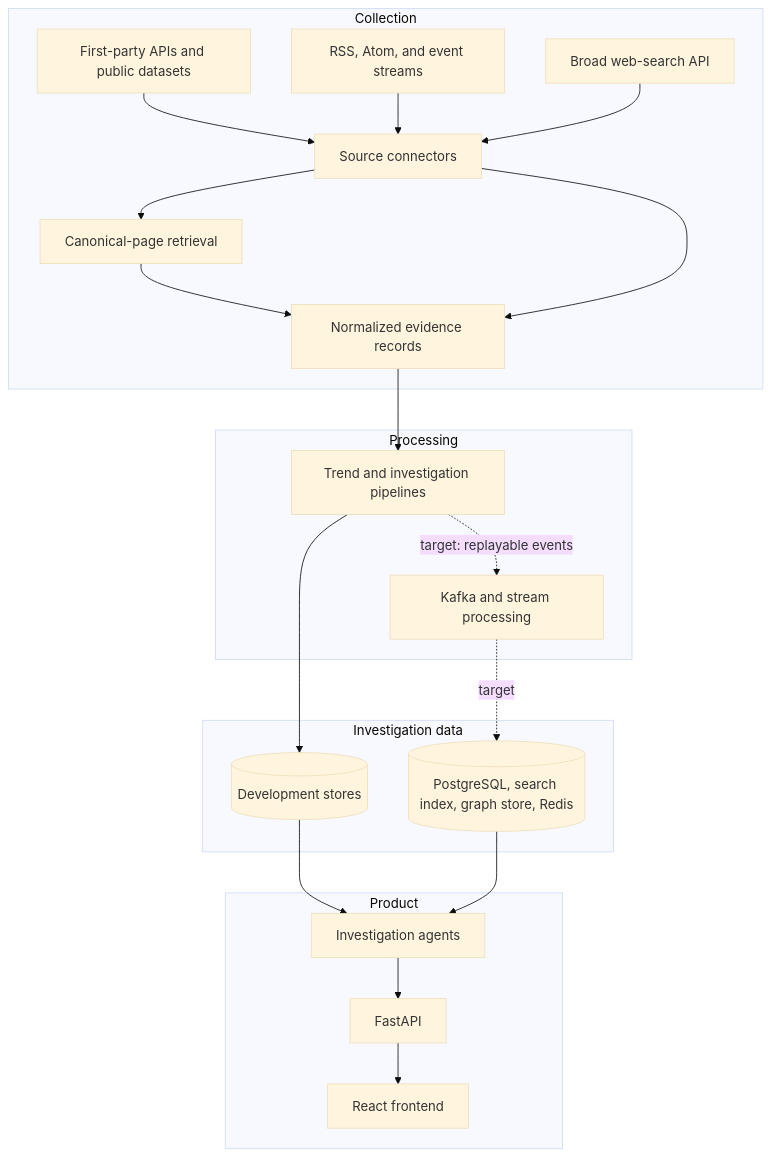
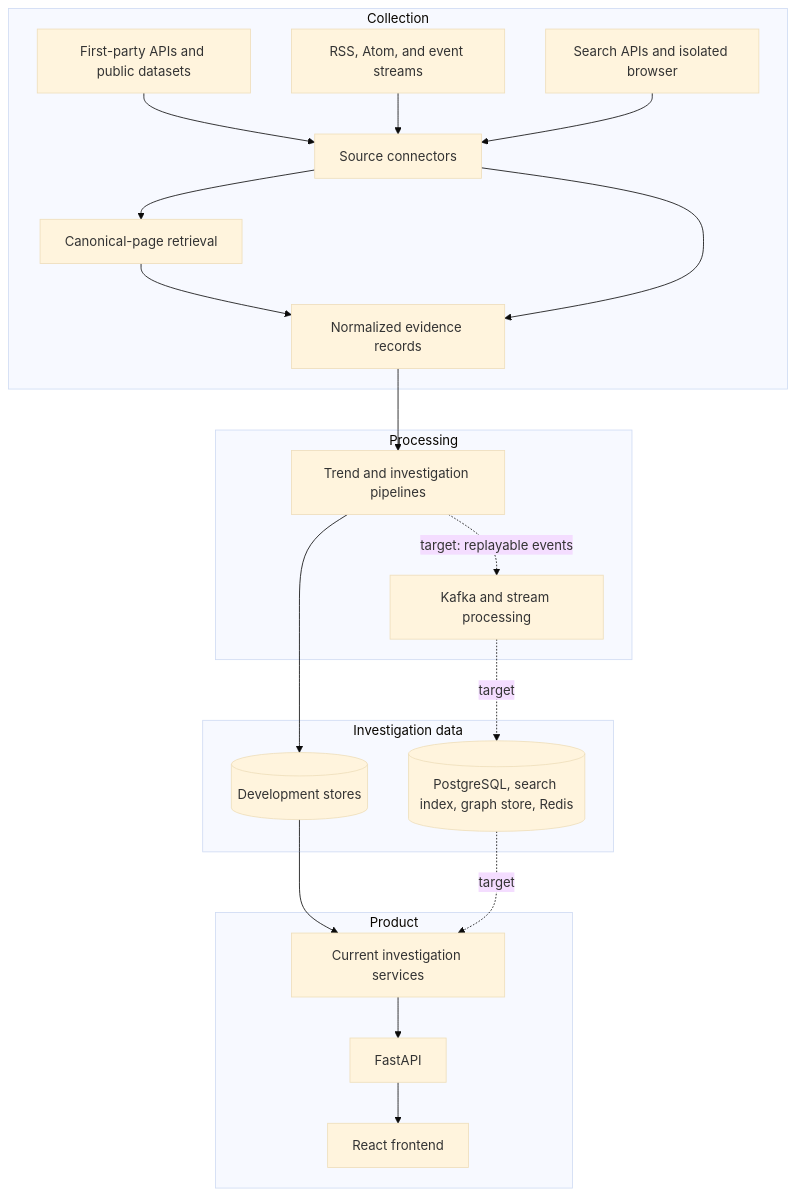
One commit to mnihad000/rhetoriq changed the diagram in SYSTEM_DESIGN.md. Above: the diagram before and after it, drawn with Mermaid (base theme). The commit also changed other lines of this file and 30 other files, not shown here.

````diff
--- a/SYSTEM_DESIGN.md
+++ b/SYSTEM_DESIGN.md
@@ -17,29 +17,29 @@
 ```mermaid
 flowchart TB
     subgraph Collection
       A[First-party APIs and public datasets]
       B[RSS, Atom, and event streams]
-      C[Broad web-search API]
+      C[Search APIs and isolated browser]
       D[Canonical-page retrieval]
       A --> E[Source connectors]
       B --> E
       C --> E
       E --> D
       D --> F[Normalized evidence records]
       E --> F
     end
     subgraph Processing
       F --> G[Trend and investigation pipelines]
       G -. target: replayable events .-> H[Kafka and stream processing]
     end
     subgraph InvestigationData[Investigation data]
       G --> I[(Development stores)]
       H -. target .-> J[(PostgreSQL, search index, graph store, Redis)]
     end
     subgraph Product
-      I --> K[Investigation agents]
-      J --> K
+      I --> K[Current investigation services]
+      J -. target .-> K
       K --> L[FastAPI]
       L --> M[React frontend]
     end
 ```
````
